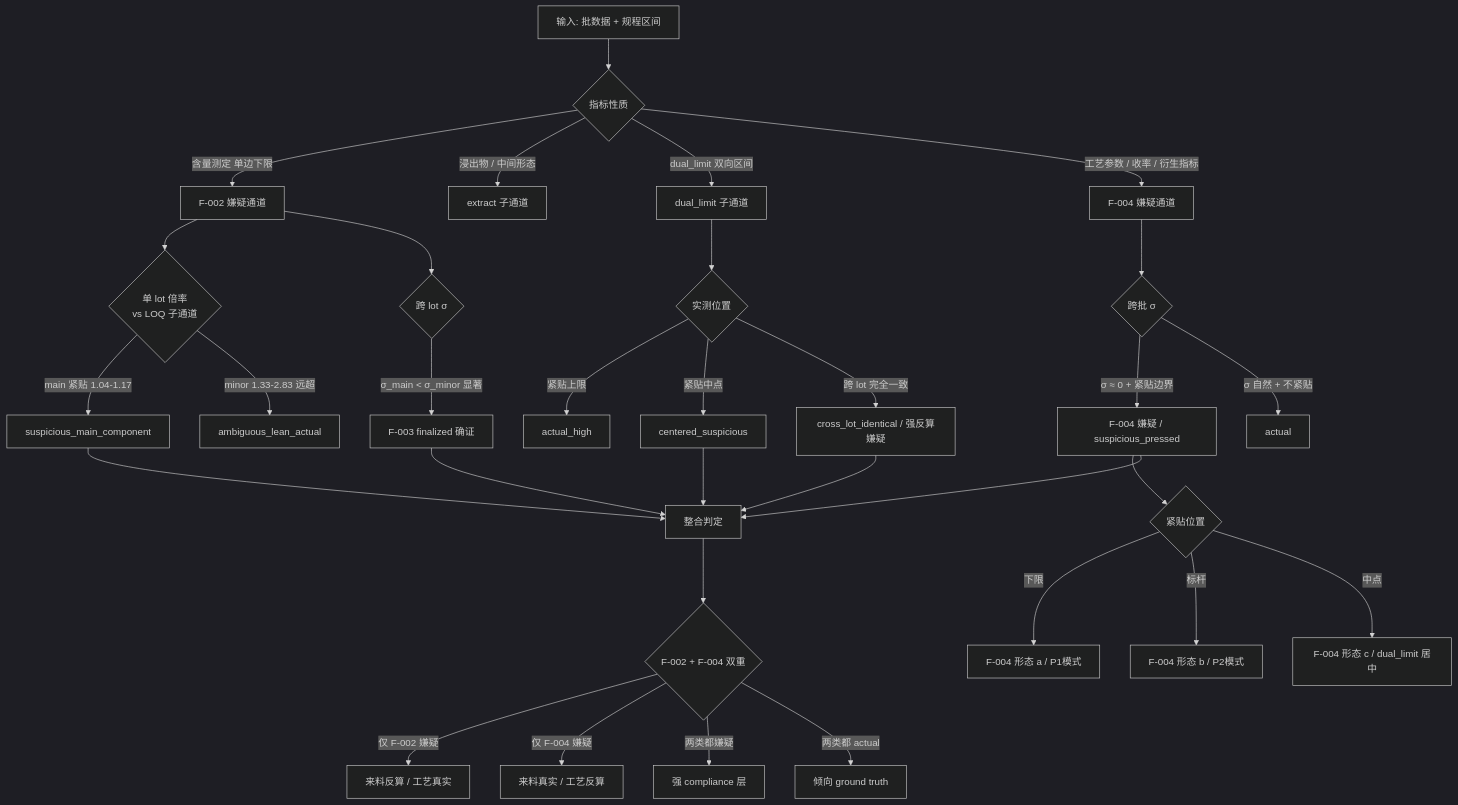
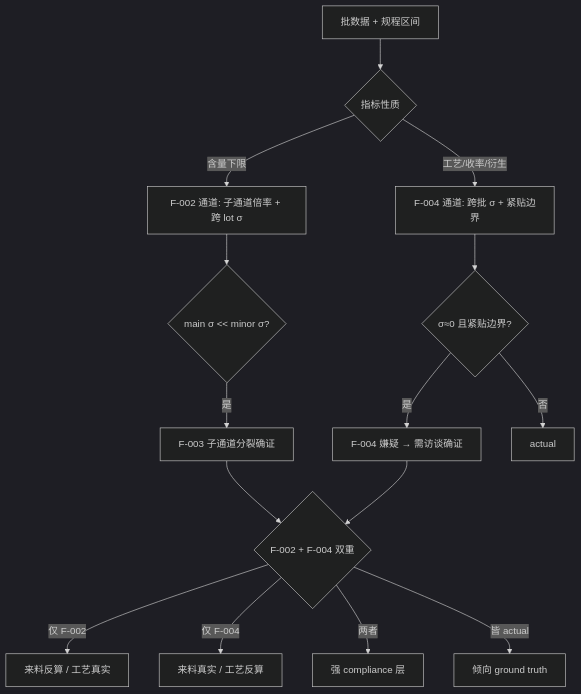
The diagram in docs/methodology/08-dual-reverse-calculation-pattern.md (lizhuojunx86/huadian), drawn with Mermaid (dark theme) before and after one commit. The commit also changed other lines of this file and 1 other file, not shown here.

````diff
--- a/docs/methodology/08-dual-reverse-calculation-pattern.md
+++ b/docs/methodology/08-dual-reverse-calculation-pattern.md
@@ -364,39 +144,17 @@
 ```mermaid
 flowchart TD
-    A[输入: 批数据 + 规程区间] --> B{指标性质}
-    B -->|含量测定 单边下限| C[F-002 嫌疑通道]
-    B -->|浸出物 / 中间形态| D[extract 子通道]
-    B -->|dual_limit 双向区间| E[dual_limit 子通道]
-    B -->|工艺参数 / 收率 / 衍生指标| F[F-004 嫌疑通道]
-
-    C --> C1{单 lot 倍率<br/>vs LOQ 子通道}
-    C1 -->|main 紧贴 1.04-1.17| C2[suspicious_main_component]
-    C1 -->|minor 1.33-2.83 远超| C3[ambiguous_lean_actual]
-    C --> C4{跨 lot σ}
-    C4 -->|σ_main < σ_minor 显著| C5[F-003 finalized 确证]
-
-    F --> F1{跨批 σ}
-    F1 -->|σ ≈ 0 + 紧贴边界| F2[F-004 嫌疑 / suspicious_pressed]
-    F1 -->|σ 自然 + 不紧贴| F3[actual]
-    F2 --> F4{紧贴位置}
-    F4 -->|下限| F5[F-004 形态 a / P1模式]
-    F4 -->|标杆| F6[F-004 形态 b / P2模式]
-    F4 -->|中点| F7[F-004 形态 c / dual_limit 居中]
-
-    E --> E1{实测位置}
-    E1 -->|紧贴上限| E2[actual_high]
-    E1 -->|紧贴中点| E3[centered_suspicious]
-    E1 -->|跨 lot 完全一致| E4[cross_lot_identical / 强反算嫌疑]
-
-    C2 --> Z[整合判定]
-    C5 --> Z
+    A[批数据 + 规程区间] --> B{指标性质}
+    B -->|含量下限| C[F-002 通道: 子通道倍率 + 跨 lot σ]
+    B -->|工艺/收率/衍生| F[F-004 通道: 跨批 σ + 紧贴边界]
+    C --> C1{main σ << minor σ?}
+    C1 -->|是| C2[F-003 子通道分裂确证]
+    F --> F1{σ≈0 且紧贴边界?}
+    F1 -->|是| F2[F-004 嫌疑 → 需访谈确证]
+    F1 -->|否| F3[actual]
+    C2 --> Z{F-002 + F-004 双重}
     F2 --> Z
-    E3 --> Z
-    E4 --> Z
-
-    Z --> Z1{F-002 + F-004 双重}
-    Z1 -->|仅 F-002 嫌疑| Z2[来料反算 / 工艺真实]
-    Z1 -->|仅 F-004 嫌疑| Z3[来料真实 / 工艺反算]
-    Z1 -->|两类都嫌疑| Z4[强 compliance 层]
-    Z1 -->|两类都 actual| Z5[倾向 ground truth]
+    Z -->|仅 F-002| Z2[来料反算 / 工艺真实]
+    Z -->|仅 F-004| Z3[来料真实 / 工艺反算]
+    Z -->|两者| Z4[强 compliance 层]
+    Z -->|皆 actual| Z5[倾向 ground truth]
 ```
````
